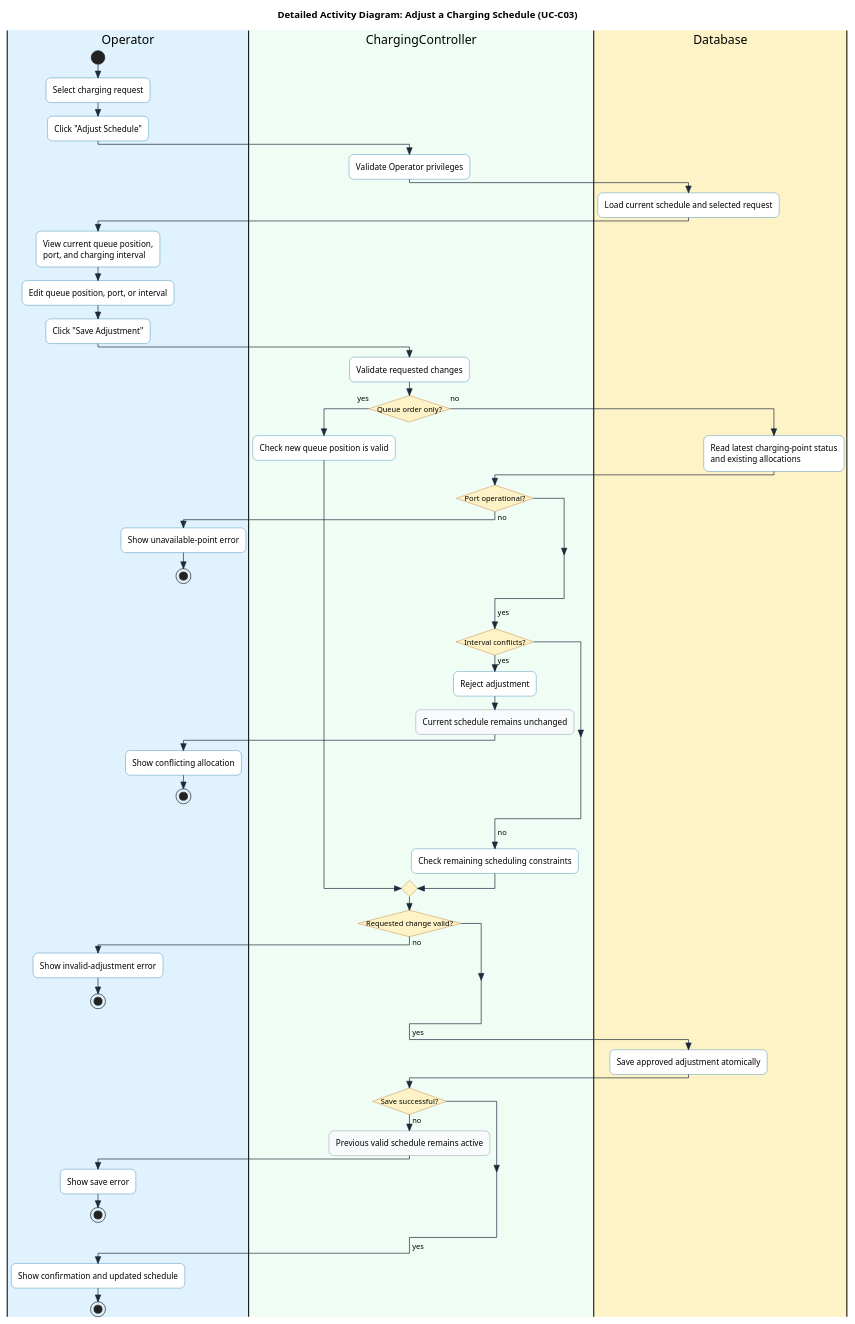
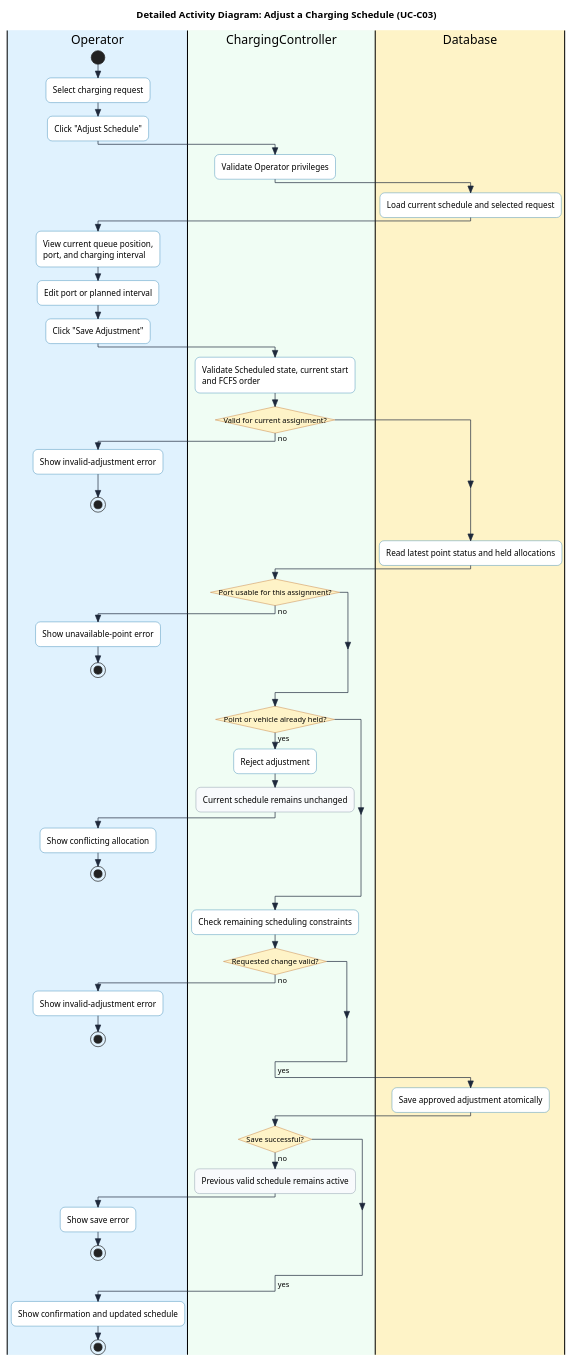
One commit to thanhpham1108/smart-e-mobility-hub changed the diagram in docs/submission-2/activity-diagrams/smart-charging/AD_AdjustChargingSchedule.puml. Above: the diagram before and after it, drawn with PlantUML. The commit also changed 42 other files, not shown here.

First line of the commit message:
docs(submission-2): synchronize FCFS waitlist diagrams

```diff
--- a/docs/submission-2/activity-diagrams/smart-charging/AD_AdjustChargingSchedule.puml
+++ b/docs/submission-2/activity-diagrams/smart-charging/AD_AdjustChargingSchedule.puml
@@ -1,97 +1,96 @@
 @startuml AD_AdjustChargingSchedule
 skinparam style strictuml
 skinparam conditionStyle insideDiamond
 skinparam activityShape rounded
 skinparam roundCorner 14
 skinparam defaultFontName sans-serif
 
 skinparam ActivityBorderColor #0369A1
 skinparam ActivityBackgroundColor #FFFFFF
 skinparam ActivityDiamondBorderColor #B45309
 skinparam ActivityDiamondBackgroundColor #FEF3C7
 skinparam ArrowColor #1E293B
 
 skinparam activity<<status>> {
   RoundCorner 4
   BackgroundColor #F8FAFC
   BorderColor #64748B
 }
 
 title Detailed Activity Diagram: Adjust a Charging Schedule (UC-C03)
 
 |#E0F2FE|Operator|
 |#F0FDF4|ChargingController|
 |#FEF3C7|Database|
 
 |Operator|
 start
 :Select charging request;
 :Click "Adjust Schedule";
 
 |ChargingController|
 :Validate Operator privileges;
 
 |Database|
 :Load current schedule and selected request;
 
 |Operator|
 :View current queue position,
 port, and charging interval;
-:Edit queue position, port, or interval;
+:Edit port or planned interval;
 :Click "Save Adjustment";
 
 |ChargingController|
-:Validate requested changes;
-if (Queue order only?) then (yes)
-  :Check new queue position is valid;
-else (no)
-  |Database|
-  :Read latest charging-point status
-  and existing allocations;
+:Validate Scheduled state, current start
+and FCFS order;
+if (Valid for current assignment?) then (no)
+  |Operator|
+  :Show invalid-adjustment error;
+  stop
+endif
+|Database|
+:Read latest point status and held allocations;
 
-  |ChargingController|
-  if (Port operational?) then (no)
-    |Operator|
-    :Show unavailable-point error;
-    stop
-  endif
-  ->yes;
+|ChargingController|
+if (Port usable for this assignment?) then (no)
+  |Operator|
+  :Show unavailable-point error;
+  stop
+endif
 
-  |ChargingController|
-  if (Interval conflicts?) then (yes)
-    :Reject adjustment;
-    :Current schedule remains unchanged; <<status>>
-    |Operator|
-    :Show conflicting allocation;
-    stop
-  endif
-  ->no;
+|ChargingController|
+if (Point or vehicle already held?) then (yes)
+  :Reject adjustment;
+  :Current schedule remains unchanged; <<status>>
+  |Operator|
+  :Show conflicting allocation;
+  stop
+endif
 
-  |ChargingController|
-  :Check remaining scheduling constraints;
-endif
+|ChargingController|
+:Check remaining scheduling constraints;
 
 |ChargingController|
 if (Requested change valid?) then (no)
   |Operator|
   :Show invalid-adjustment error;
   stop
 endif
 ->yes;
 
 |Database|
 :Save approved adjustment atomically;
 
 |ChargingController|
 if (Save successful?) then (no)
   :Previous valid schedule remains active; <<status>>
   |Operator|
   :Show save error;
   stop
 endif
 ->yes;
 
 |Operator|
 :Show confirmation and updated schedule;
 stop
 @enduml
```
